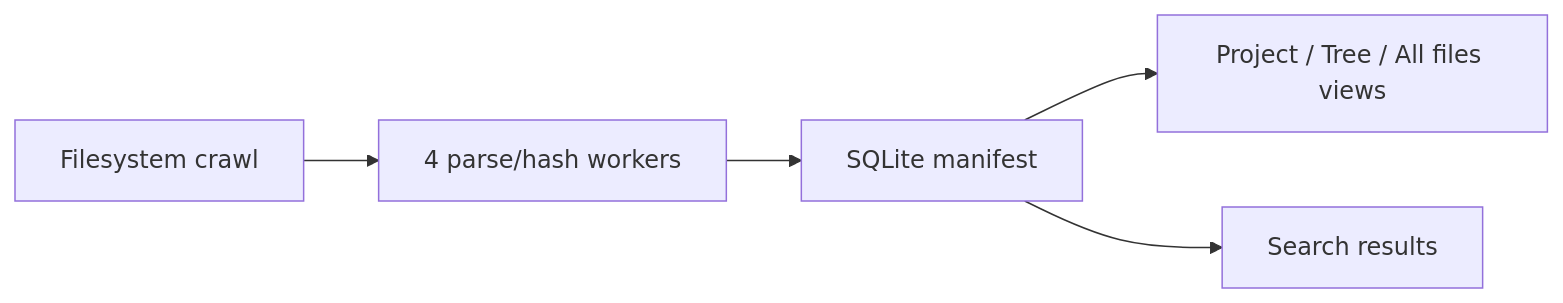
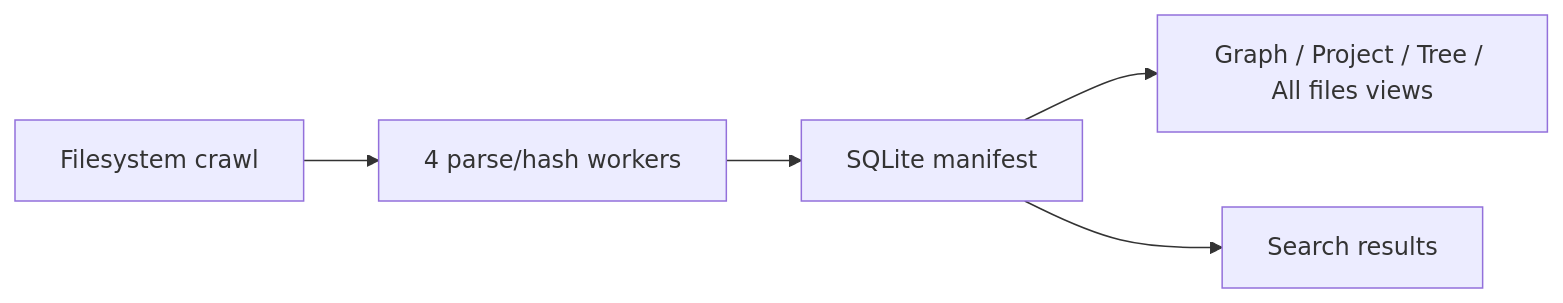
The second of 2 diagrams in docs/01-features/03-library.md (ryanallen/leaftext), drawn with Mermaid before and after one commit. The commit also changed other lines of this file and 19 other files, not shown here.

Commit message:
Add library graph view: default view, configurable size, tab focus, search scope

````diff
--- a/docs/01-features/03-library.md
+++ b/docs/01-features/03-library.md
@@ -104,7 +134,7 @@
 ```mermaid
 flowchart LR
     A[Filesystem crawl] --> B[4 parse/hash workers]
     B --> C[SQLite manifest]
-    C --> D[Project / Tree / All files views]
+    C --> D[Graph / Project / Tree / All files views]
     C --> E[Search results]
 ```
````
